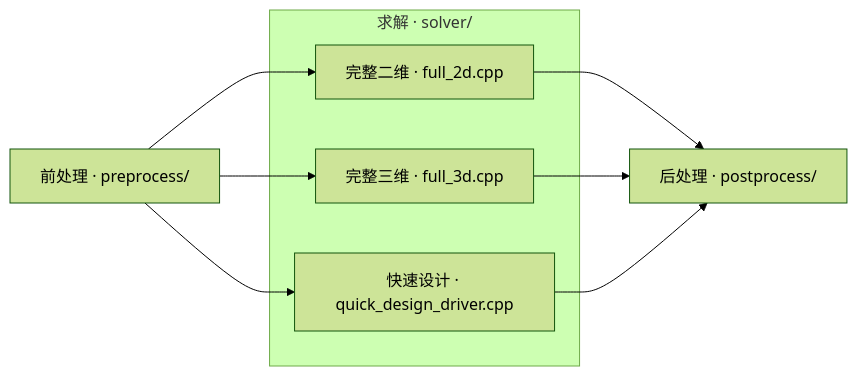
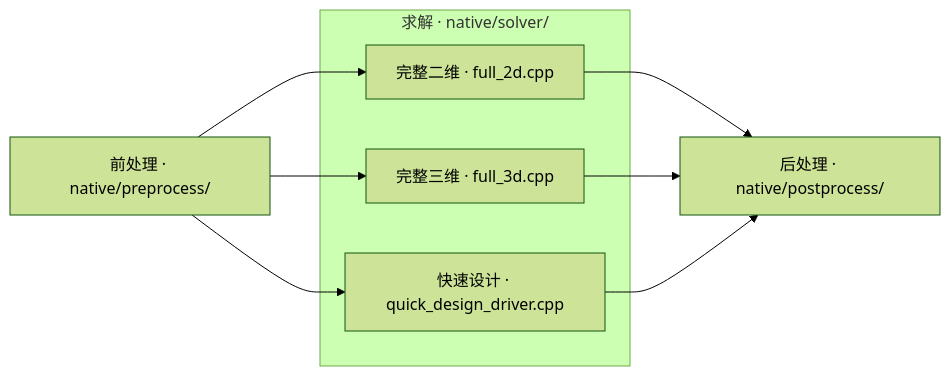
Before and after one commit to alexlu997/SJTU-TPMSHX-TM1: the diagram in README.md, drawn with Mermaid (forest theme). The commit also changed other lines of this file and 289 other files, not shown here.

````diff
--- a/README.md
+++ b/README.md
@@ -9,13 +9,13 @@
 ```mermaid
 flowchart LR
-    prep["前处理 · preprocess/"]
-    subgraph sol["求解 · solver/"]
+    prep["前处理 · native/preprocess/"]
+    subgraph sol["求解 · native/solver/"]
         d2["完整二维 · full_2d.cpp"]
         d3["完整三维 · full_3d.cpp"]
         q["快速设计 · quick_design_driver.cpp"]
     end
-    result["后处理 · postprocess/"]
+    result["后处理 · native/postprocess/"]
     prep --> d2 --> result
     prep --> d3 --> result
     prep --> q --> result
 ```
````
